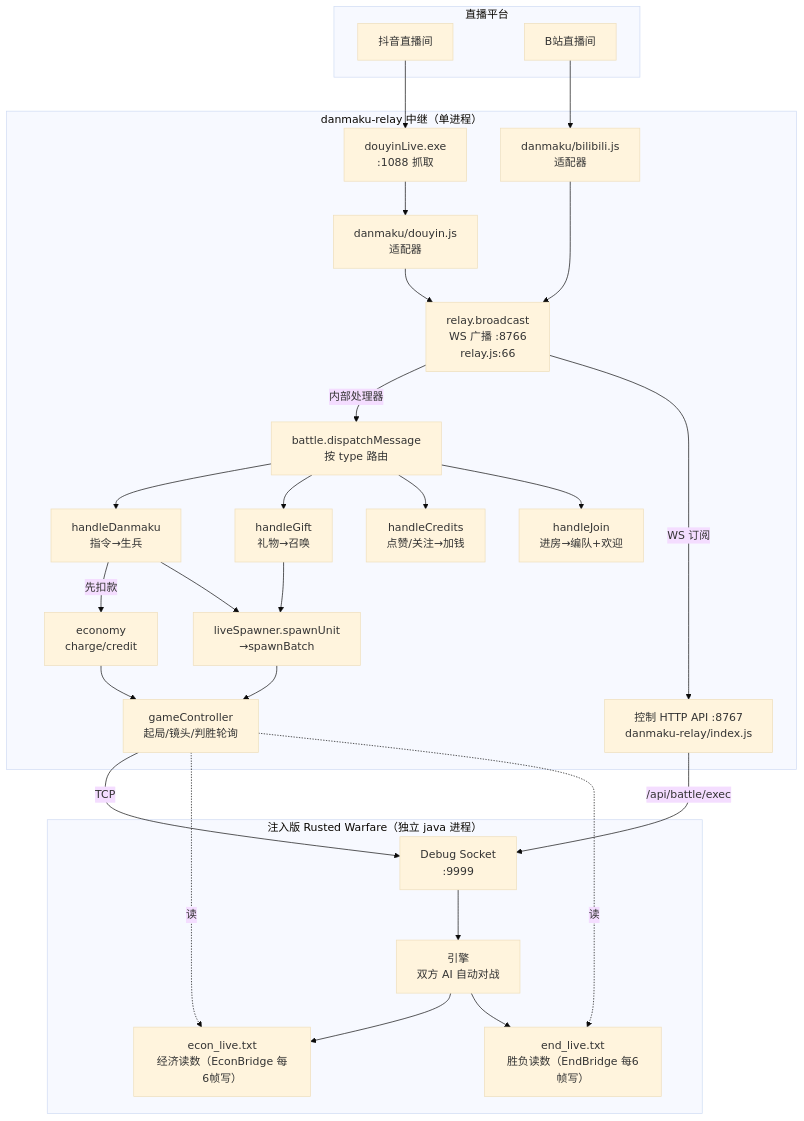
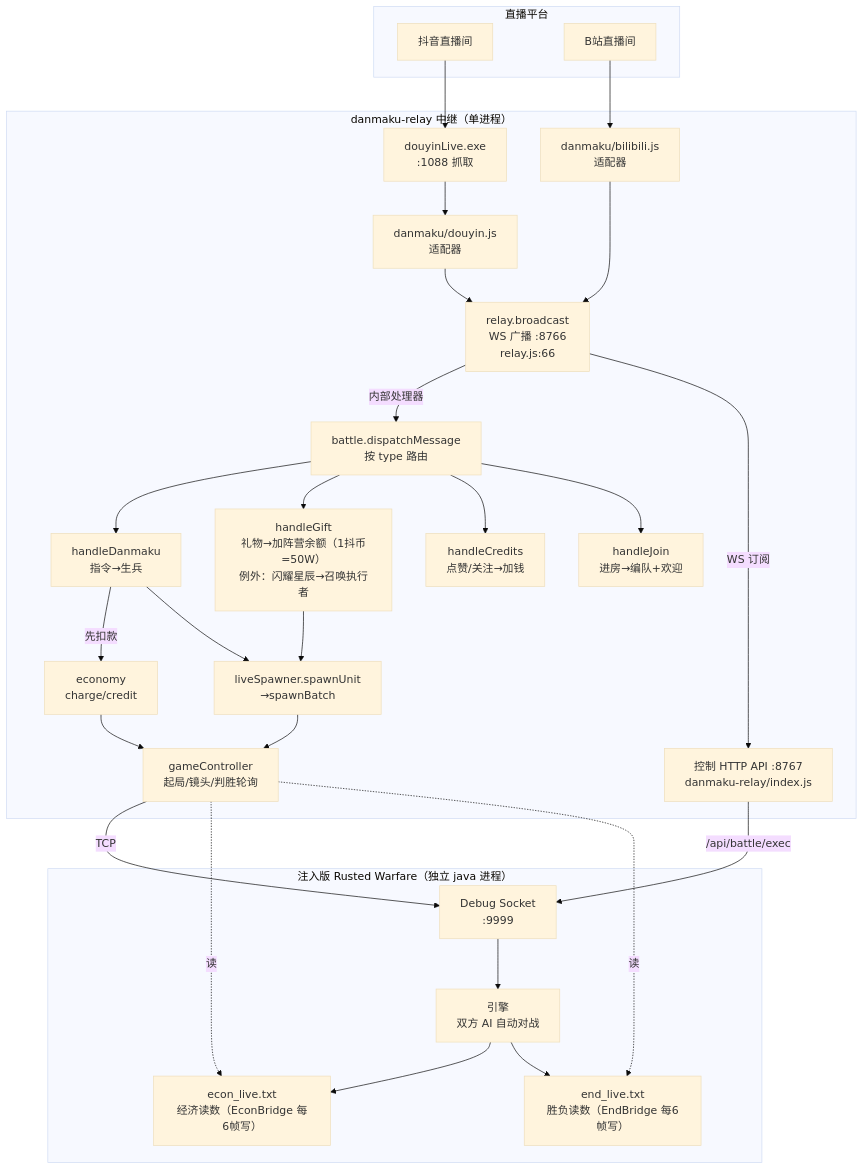
The first of 5 diagrams in docs/游戏机制与运作流程.md (gavenna/live-waifu), drawn with Mermaid (base theme) before and after one commit. The commit also changed other lines of this file and 2 other files, not shown here.

First line of the commit message:
docs: 礼物机制改为按价值加余额 + 闪耀星辰直召执行者（手册/机制图/兵种一览同步）

````diff
--- a/docs/游戏机制与运作流程.md
+++ b/docs/游戏机制与运作流程.md
@@ -11,55 +11,55 @@
 ```mermaid
 flowchart TB
   subgraph PLAT["直播平台"]
     DY["抖音直播间"]
     BL["B站直播间"]
   end
 
   subgraph RELAY["danmaku-relay 中继（单进程）"]
     DL["douyinLive.exe<br/>:1088 抓取"]
     DYAD["danmaku/douyin.js<br/>适配器"]
     BLAD["danmaku/bilibili.js<br/>适配器"]
     BUS["relay.broadcast<br/>WS 广播 :8766<br/>relay.js:66"]
     DISP["battle.dispatchMessage<br/>按 type 路由"]
 
     HD["handleDanmaku<br/>指令→生兵"]
-    HG["handleGift<br/>礼物→召唤"]
+    HG["handleGift<br/>礼物→加阵营余额（1抖币=50W）<br/>例外：闪耀星辰→召唤执行者"]
     HC["handleCredits<br/>点赞/关注→加钱"]
     HJ["handleJoin<br/>进房→编队+欢迎"]
 
     SP["liveSpawner.spawnUnit<br/>→spawnBatch"]
     ECON["economy<br/>charge/credit"]
     RWSUP["gameController<br/>起局/镜头/判胜轮询"]
 
     CTRL["控制 HTTP API :8767<br/>danmaku-relay/index.js"]
   end
 
   subgraph GAME["注入版 Rusted Warfare（独立 java 进程）"]
     SOCK["Debug Socket<br/>:9999"]
     ENGINE["引擎<br/>双方 AI 自动对战"]
     ECONF["econ_live.txt<br/>经济读数（EconBridge 每6帧写）"]
     ENDF["end_live.txt<br/>胜负读数（EndBridge 每6帧写）"]
   end
 
   DY --> DL --> DYAD
   BL --> BLAD
   DYAD --> BUS
   BLAD --> BUS
   BUS -->|内部处理器| DISP
   BUS -->|WS 订阅| CTRL
 
   DISP --> HD & HG & HC & HJ
 
   HD -->|先扣款| ECON
   HD --> SP
   HG --> SP
   SP --> RWSUP
   ECON --> RWSUP
   RWSUP -->|TCP| SOCK
   CTRL -->|/api/battle/exec| SOCK
 
   SOCK --> ENGINE
   ENGINE --> ECONF & ENDF
   RWSUP -.->|读| ECONF
   RWSUP -.->|读| ENDF
 ```
````
